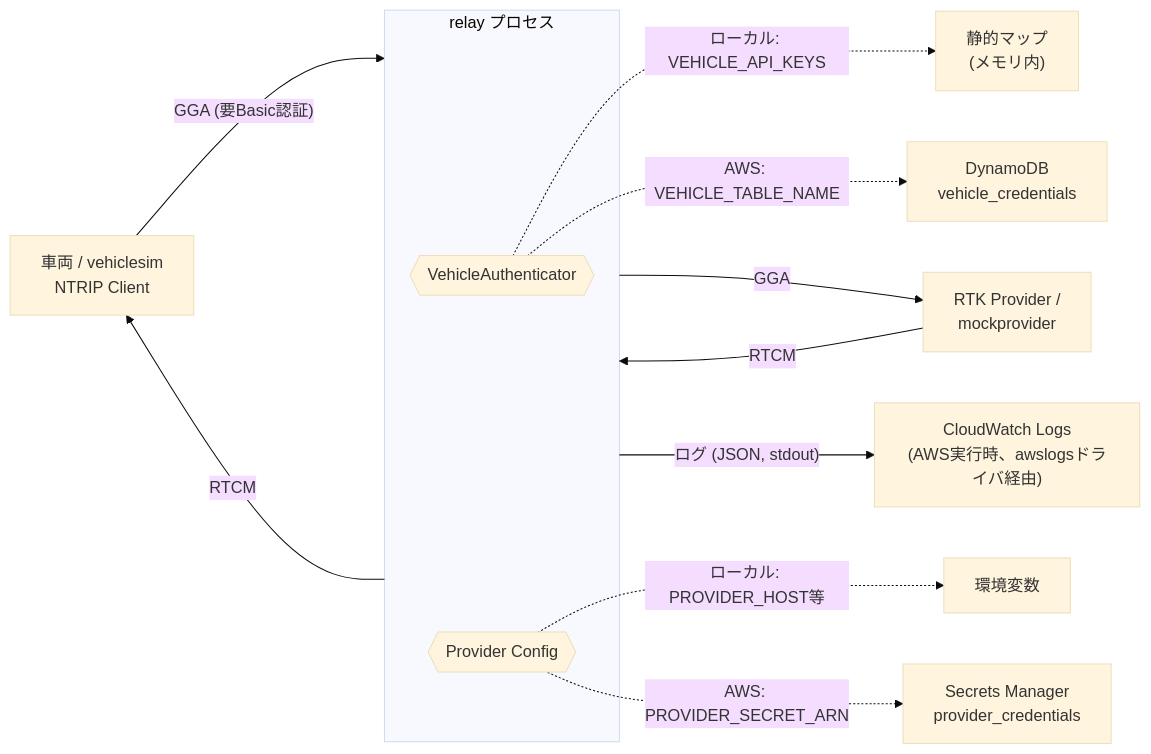
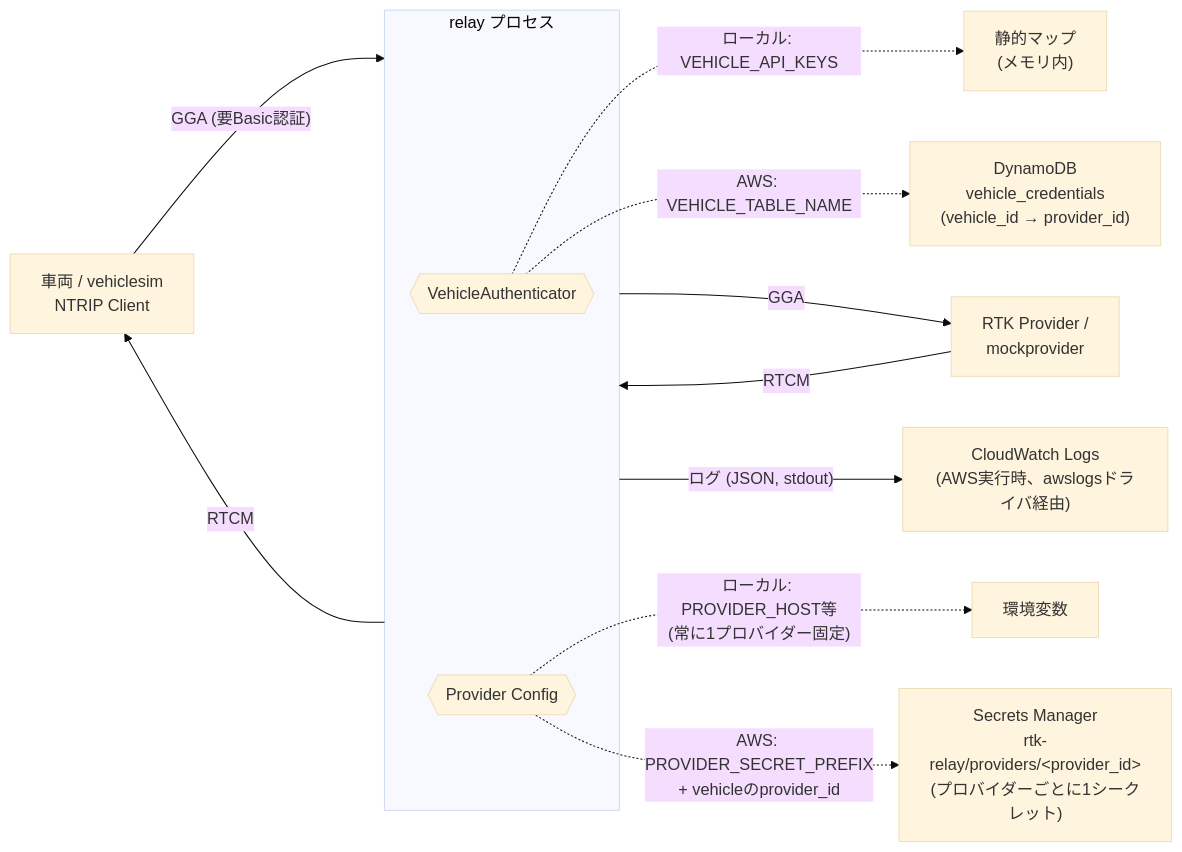
Before and after one commit to hexaforce/RTK: the second of 2 diagrams in relay-server/README.md, drawn with Mermaid (base theme). The commit also changed other lines of this file and 8 other files, not shown here.

````diff
--- a/relay-server/README.md
+++ b/relay-server/README.md
@@ -64,22 +64,22 @@
 ``` mermaid
 flowchart LR
     VEHICLE["車両 / vehiclesim<br/>NTRIP Client"]
     PROVIDER["RTK Provider /<br/>mockprovider"]
 
     subgraph RELAY["relay プロセス"]
         AUTH{{"VehicleAuthenticator"}}
         CONF{{"Provider Config"}}
     end
 
     VEHICLE -->|"GGA (要Basic認証)"| RELAY
     RELAY -->|"RTCM"| VEHICLE
     RELAY -->|"GGA"| PROVIDER
     PROVIDER -->|"RTCM"| RELAY
 
     AUTH -.->|"ローカル: VEHICLE_API_KEYS"| STATIC["静的マップ<br/>(メモリ内)"]
-    AUTH -.->|"AWS: VEHICLE_TABLE_NAME"| DDB["DynamoDB<br/>vehicle_credentials"]
-    CONF -.->|"ローカル: PROVIDER_HOST等"| ENV["環境変数"]
-    CONF -.->|"AWS: PROVIDER_SECRET_ARN"| SECRETS["Secrets Manager<br/>provider_credentials"]
+    AUTH -.->|"AWS: VEHICLE_TABLE_NAME"| DDB["DynamoDB<br/>vehicle_credentials<br/>(vehicle_id → provider_id)"]
+    CONF -.->|"ローカル: PROVIDER_HOST等<br/>(常に1プロバイダー固定)"| ENV["環境変数"]
+    CONF -.->|"AWS: PROVIDER_SECRET_PREFIX<br/>+ vehicleのprovider_id"| SECRETS["Secrets Manager<br/>rtk-relay/providers/&lt;provider_id&gt;<br/>(プロバイダーごとに1シークレット)"]
 
     RELAY -->|"ログ (JSON, stdout)"| LOGS["CloudWatch Logs<br/>(AWS実行時、awslogsドライバ経由)"]
 ```
````
